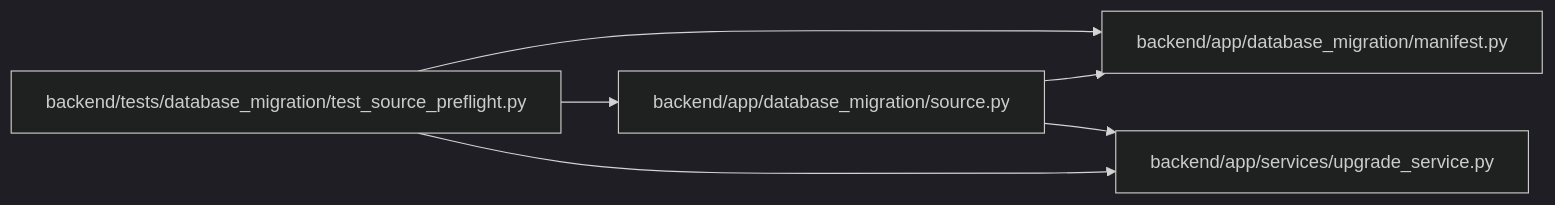
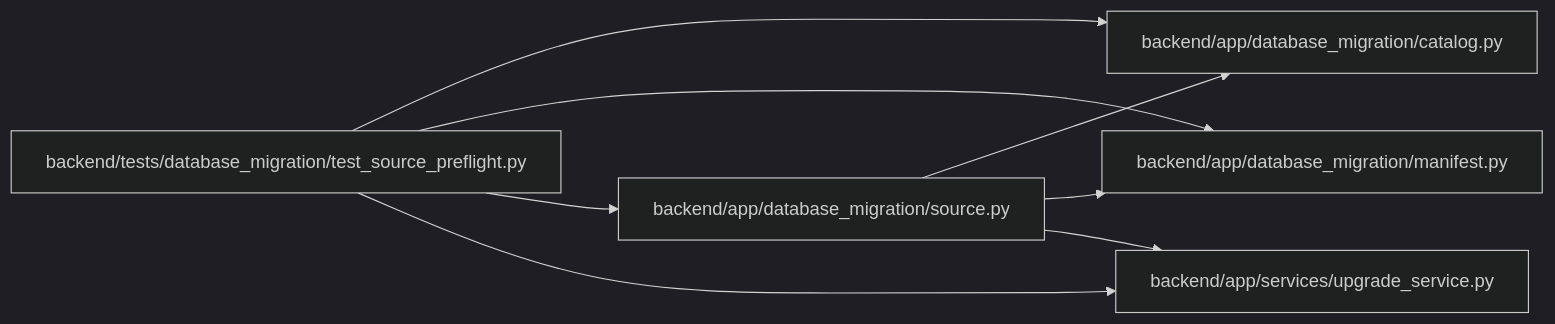
Before and after one commit to Denissvgn/WorkChord: the diagram in docs/llm_wiki/modules/test_source_preflight.md, drawn with Mermaid (dark theme). The commit also changed other lines of this file and 2344 other files, not shown here.

````diff
--- a/docs/llm_wiki/modules/test_source_preflight.md
+++ b/docs/llm_wiki/modules/test_source_preflight.md
@@ -26,16 +27,20 @@
 ```mermaid
 flowchart LR
-    n0["backend/app/database_migration/manifest.py"]
-    n1["backend/app/database_migration/source.py"]
-    n2["backend/app/services/upgrade_service.py"]
-    n3["backend/tests/database_migration/test_source_preflight.py"]
-    n1 --> n0
-    n1 --> n2
-    n3 --> n0
-    n3 --> n1
-    n3 --> n2
-    click n0 "../modules/database_migration_manifest.md"
-    click n1 "../modules/source.md"
-    click n2 "../modules/upgrade_service.md"
-    click n3 "../modules/test_source_preflight.md"
+    n0["backend/app/database_migration/catalog.py"]
+    n1["backend/app/database_migration/manifest.py"]
+    n2["backend/app/database_migration/source.py"]
+    n3["backend/app/services/upgrade_service.py"]
+    n4["backend/tests/database_migration/test_source_preflight.py"]
+    n2 --> n0
+    n2 --> n1
+    n2 --> n3
+    n4 --> n0
+    n4 --> n1
+    n4 --> n2
+    n4 --> n3
+    click n0 "../modules/catalog.md"
+    click n1 "../modules/database_migration_manifest.md"
+    click n2 "../modules/source.md"
+    click n3 "../modules/upgrade_service.md"
+    click n4 "../modules/test_source_preflight.md"
 ```
````
